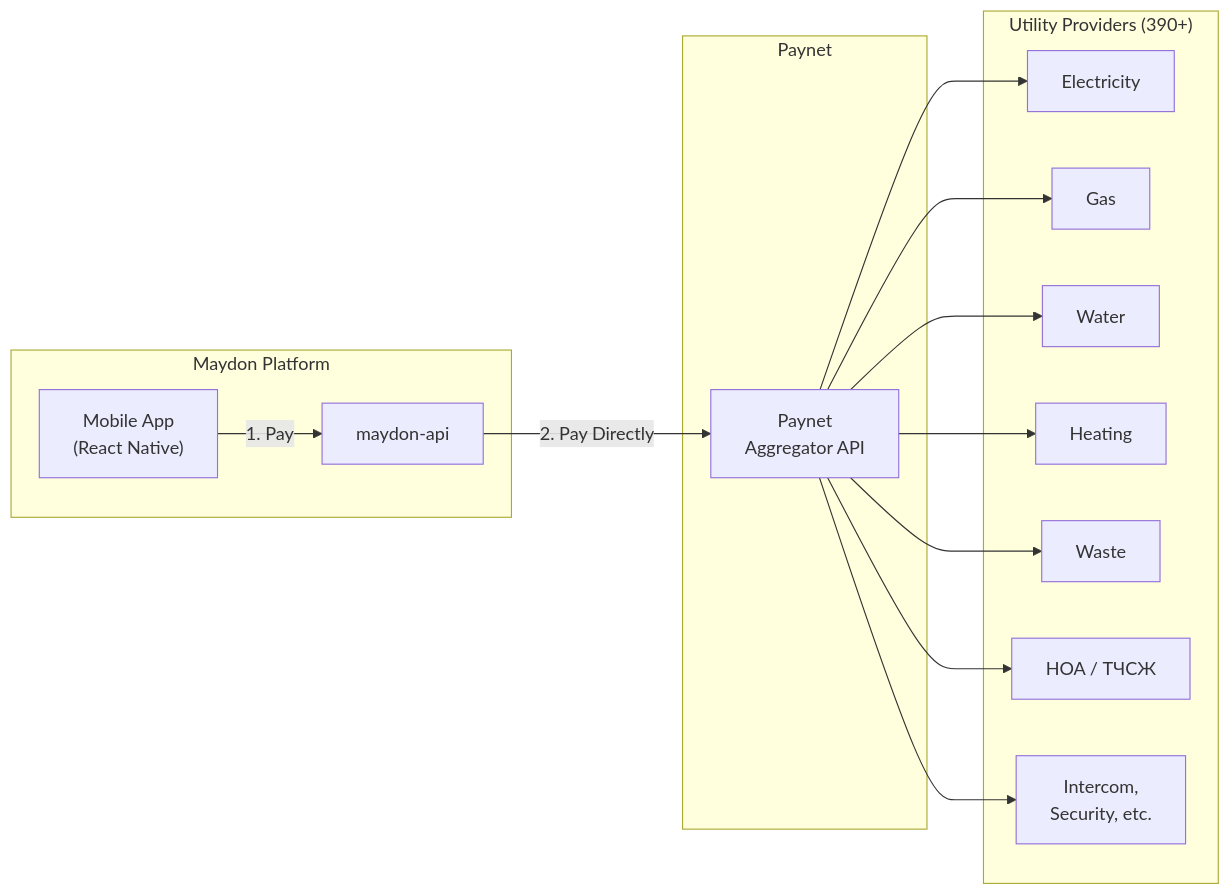
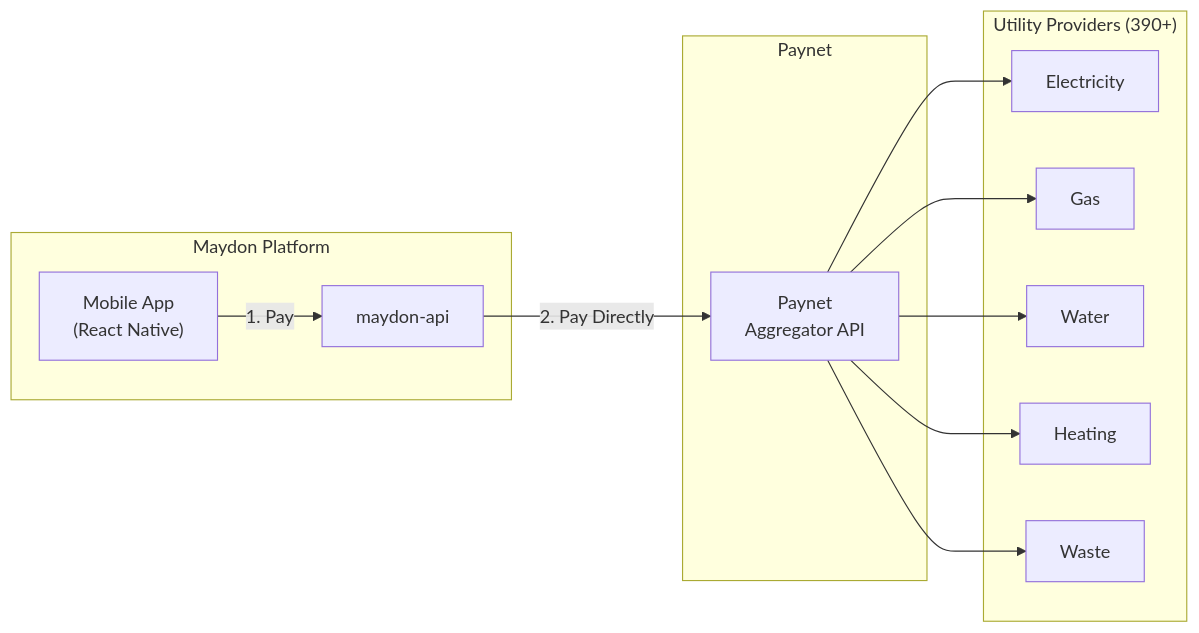
The ninth of 9 diagrams in utilities-payment-userflow.md (saodatm-dev/Utilities---Informational-Architecture), drawn with Mermaid before and after one commit. The commit also changed other lines of this file and 1 other file, not shown here.

Commit message:
feat: Extract and detail owner utility payment flow into a new document, while simplifying the tenant utility payment flow.

````diff
--- a/utilities-payment-userflow.md
+++ b/utilities-payment-userflow.md
@@ -283,33 +270,29 @@
 ```mermaid
 flowchart LR
     subgraph "Maydon Platform"
         MOBILE["Mobile App<br/>(React Native)"]
         API["maydon-api"]
     end
 
     subgraph "Paynet"
         PAYNET["Paynet<br/>Aggregator API"]
     end
 
     subgraph "Utility Providers (390+)"
         ELEC["Electricity"]
         GAS["Gas"]
         WATER["Water"]
         HEAT["Heating"]
         WASTE["Waste"]
-        HOA["HOA / ТЧСЖ"]
-        ANCIL["Intercom,<br/>Security, etc."]
     end
 
     MOBILE -->|"1. Pay"| API
     API -->|"2. Pay Directly"| PAYNET
 
     PAYNET --> ELEC
     PAYNET --> GAS
     PAYNET --> WATER
     PAYNET --> HEAT
     PAYNET --> WASTE
-    PAYNET --> HOA
-    PAYNET --> ANCIL
 
 ```
````
